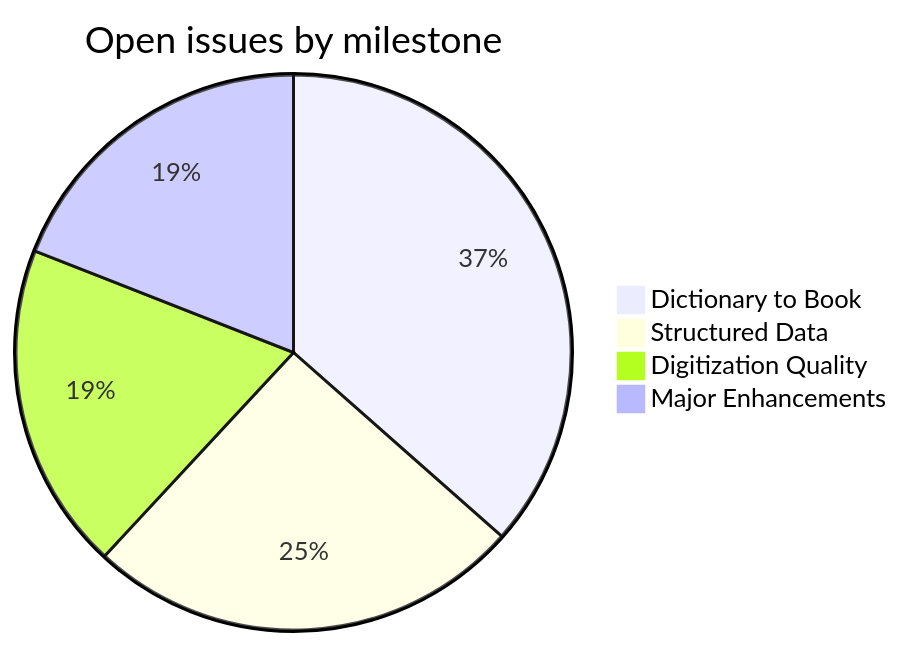
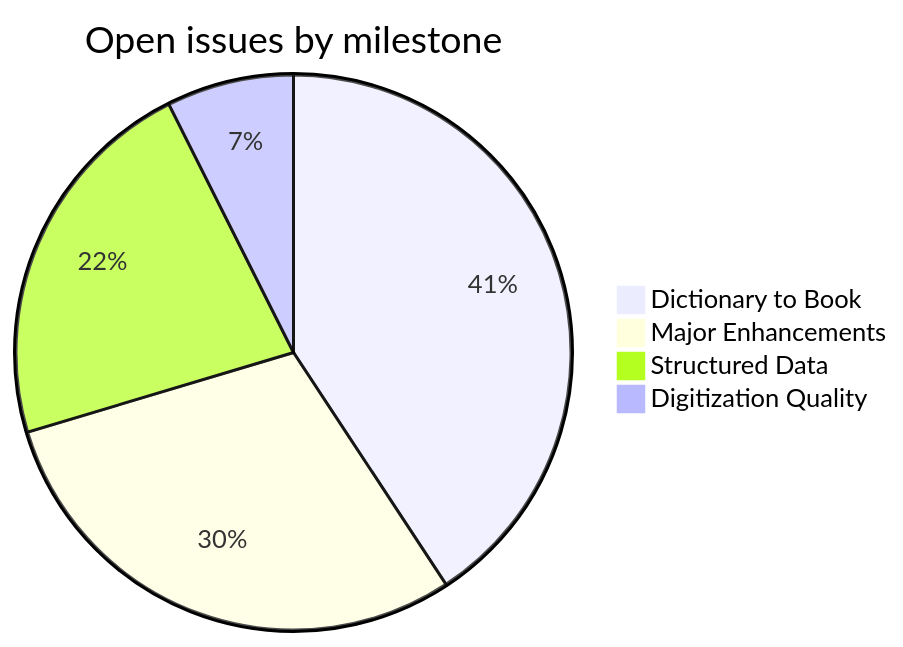
The third of 3 diagrams in readme.md (sanskrit-lexicon/PWG), drawn with Mermaid before and after one commit. The commit also changed other lines of this file, not shown here.

````diff
--- a/readme.md
+++ b/readme.md
@@ -172,7 +188,7 @@
 ```mermaid
 pie title Open issues by milestone
-    "Dictionary to Book" : 23
-    "Structured Data" : 16
-    "Digitization Quality" : 12
-    "Major Enhancements" : 12
+    "Dictionary to Book" : 11
+    "Major Enhancements" : 8
+    "Structured Data" : 6
+    "Digitization Quality" : 2
 ```
````
